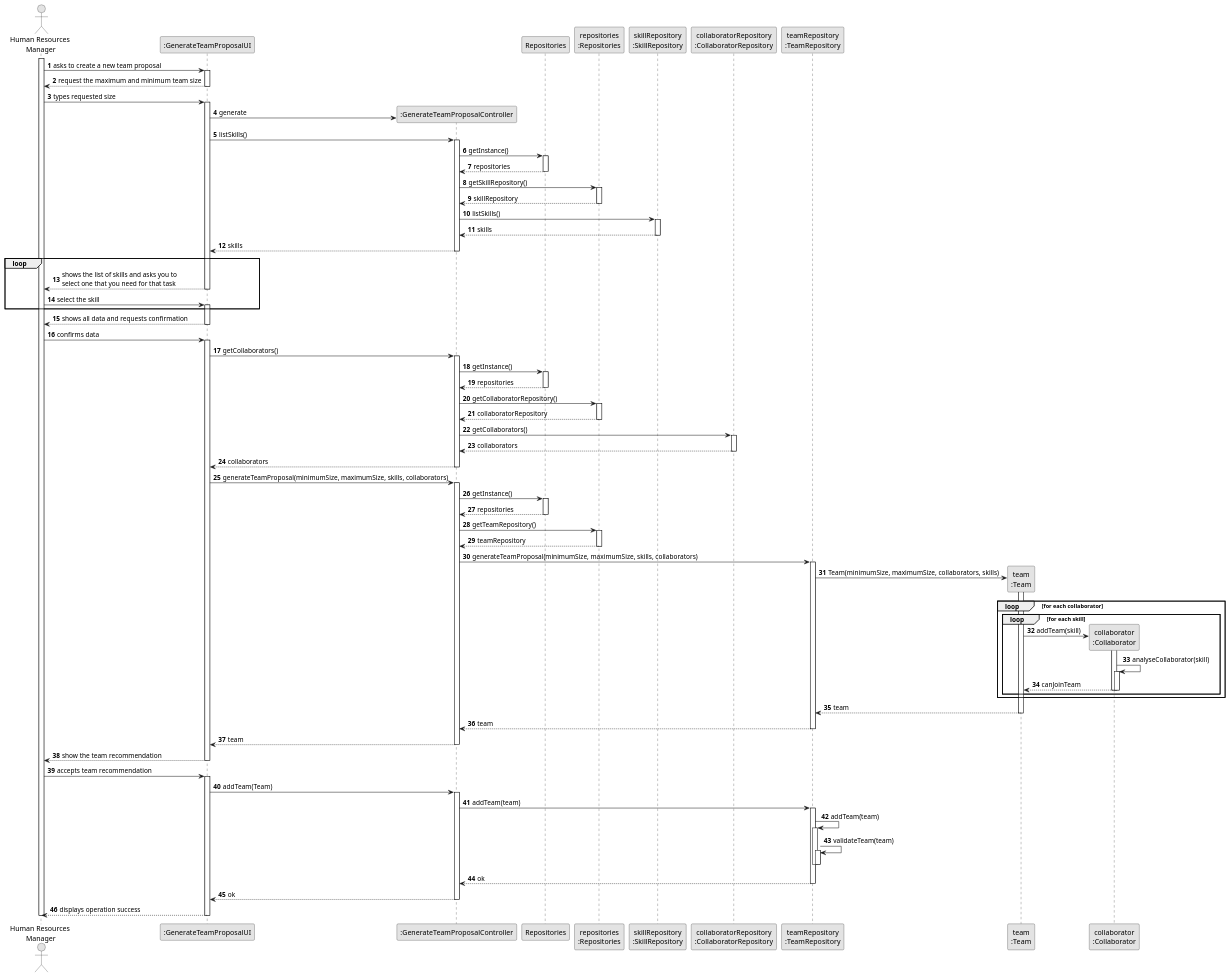
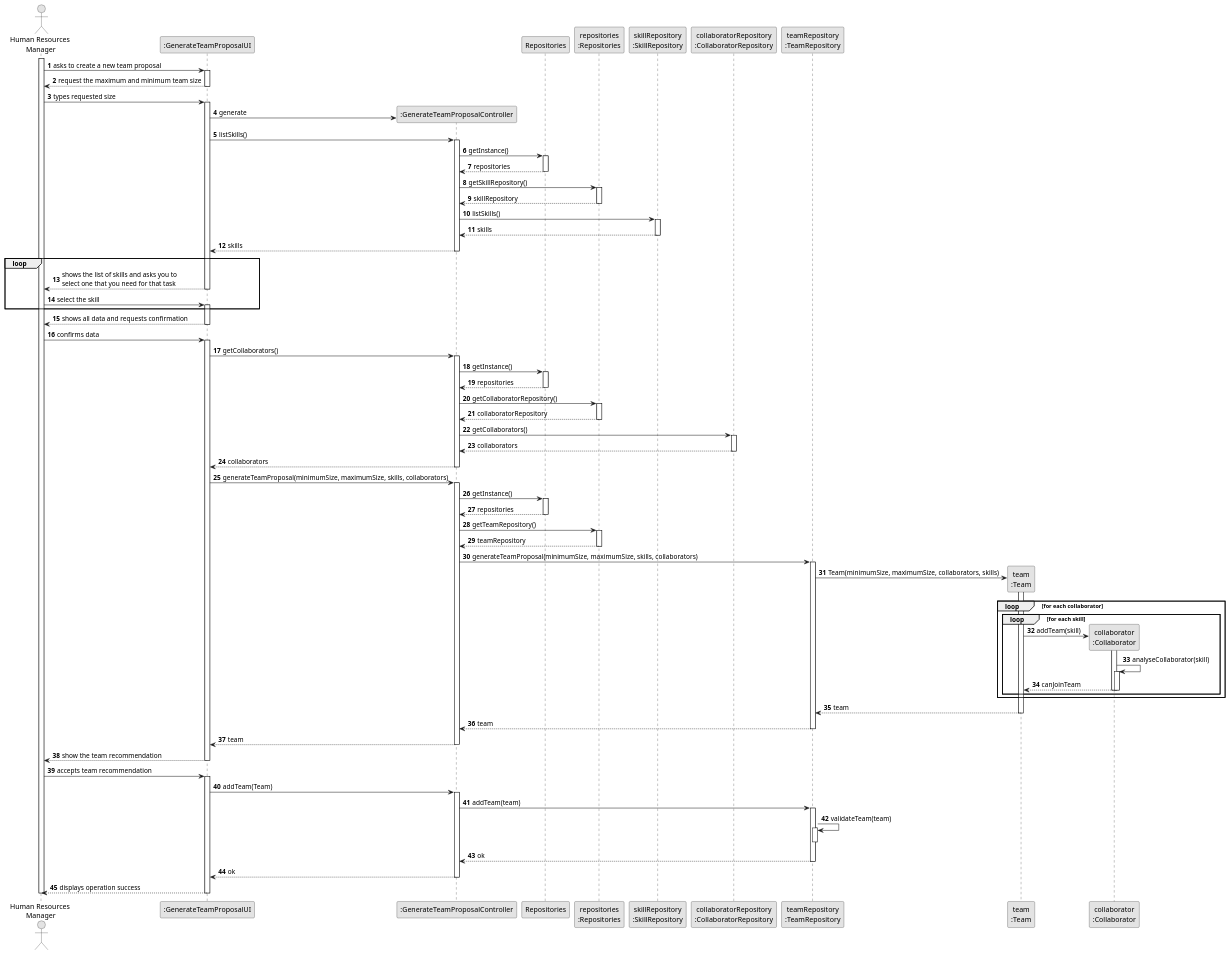
Before and after one commit to diogoveirospro/lei-24-s2-1dg-g072: the diagram in docs/sprintC/us005/03.design/puml/us005-sequence-diagram-full.puml, drawn with PlantUML. The commit also changed 13 other files, not shown here.

```diff
--- a/docs/sprintC/us005/03.design/puml/us005-sequence-diagram-full.puml
+++ b/docs/sprintC/us005/03.design/puml/us005-sequence-diagram-full.puml
@@ -1,178 +1,174 @@
 @startuml
 skinparam monochrome true
 skinparam packageStyle rectangle
 skinparam shadowing false
 
 autonumber
 
 'hide footbox
 actor "Human Resources\n Manager" as HRM
 participant ":GenerateTeamProposalUI" as UI
 participant ":GenerateTeamProposalController" as CTRL
 participant Repositories
 participant "repositories\n:Repositories" as REP
 participant "skillRepository\n:SkillRepository" as SKILLREP
 participant "collaboratorRepository\n:CollaboratorRepository" as COLREP
 participant "teamRepository\n:TeamRepository" as TEAMREP
 participant "team\n:Team" as team
 participant "collaborator\n:Collaborator" as COLLAB
 
 activate HRM
 
     HRM -> UI : asks to create a new team proposal
     activate UI
 
         UI --> HRM : request the maximum and minimum team size
     deactivate UI
 
     HRM -> UI : types requested size
     activate UI
 
         UI -> CTRL** : generate
 
 
         UI -> CTRL : listSkills()
         activate CTRL
 
            CTRL -> Repositories: getInstance()
            activate Repositories
 
                 Repositories --> CTRL: repositories
            deactivate Repositories
 
            CTRL -> REP: getSkillRepository()
            activate REP
 
                 REP --> CTRL: skillRepository
            deactivate REP
 
             CTRL -> SKILLREP : listSkills()
             activate SKILLREP
 
                 SKILLREP --> CTRL : skills
             deactivate SKILLREP
 
             CTRL --> UI : skills
         deactivate CTRL
 
     loop
         UI --> HRM: shows the list of skills and asks you to \nselect one that you need for that task
     deactivate UI
 
     HRM -> UI: select the skill
     activate UI
 
     end
 
         UI --> HRM: shows all data and requests confirmation
     deactivate UI
 
     HRM -> UI: confirms data
     activate UI
 
         UI -> CTRL: getCollaborators()
         activate CTRL
 
             CTRL -> Repositories: getInstance()
             activate Repositories
 
                 Repositories --> CTRL: repositories
             deactivate Repositories
 
             CTRL -> REP: getCollaboratorRepository()
             activate REP
 
                 REP --> CTRL: collaboratorRepository
             deactivate REP
 
             CTRL -> COLREP: getCollaborators()
             activate COLREP
 
                 COLREP --> CTRL: collaborators
             deactivate COLREP
 
             CTRL --> UI: collaborators
         deactivate CTRL
 
         UI -> CTRL: generateTeamProposal(minimumSize, maximumSize, skills, collaborators)
         activate CTRL
 
             CTRL -> Repositories: getInstance()
             activate Repositories
 
                 Repositories --> CTRL: repositories
             deactivate Repositories
 
             CTRL -> REP: getTeamRepository()
             activate REP
 
                 REP --> CTRL: teamRepository
             deactivate REP
 
             CTRL -> TEAMREP: generateTeamProposal(minimumSize, maximumSize, skills, collaborators)
             activate TEAMREP
 
                 TEAMREP -> team**: Team(minimumSize, maximumSize, collaborators, skills)
                 activate team
 
                     loop for each collaborator
                     loop for each skill
 
                     team -> COLLAB**: addTeam(skill)
                     activate COLLAB
 
                         COLLAB -> COLLAB: analyseCollaborator(skill)
                         activate COLLAB
 
                         COLLAB --> team: canJoinTeam
                         deactivate COLLAB
 
                         deactivate COLLAB
 
                     end
                     end
 
                     team --> TEAMREP: team
 
                 deactivate team
 
                 TEAMREP --> CTRL: team
             deactivate TEAMREP
 
             CTRL --> UI: team
         deactivate CTRL
 
         UI --> HRM: show the team recommendation
     deactivate UI
 
     HRM -> UI: accepts team recommendation
     activate UI
 
         UI -> CTRL: addTeam(Team)
         activate CTRL
 
             CTRL -> TEAMREP : addTeam(team)
             activate TEAMREP
 
-                TEAMREP -> TEAMREP : addTeam(team)
-                activate TEAMREP
-
                 TEAMREP -> TEAMREP : validateTeam(team)
                 activate TEAMREP
 
-                deactivate TEAMREP
 
                 deactivate TEAMREP
 
             TEAMREP --> CTRL: ok
             deactivate TEAMREP
 
         CTRL --> UI: ok
         deactivate CTRL
 
         UI --> HRM: displays operation success
     deactivate UI
 
 deactivate HRM
 
 @enduml
```
